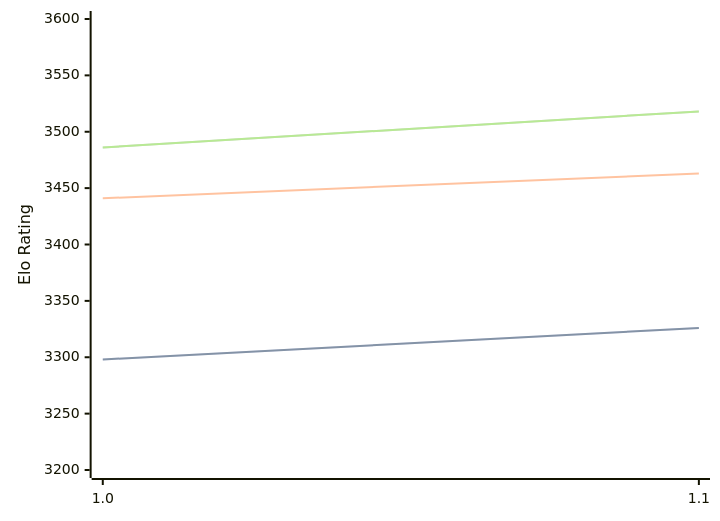
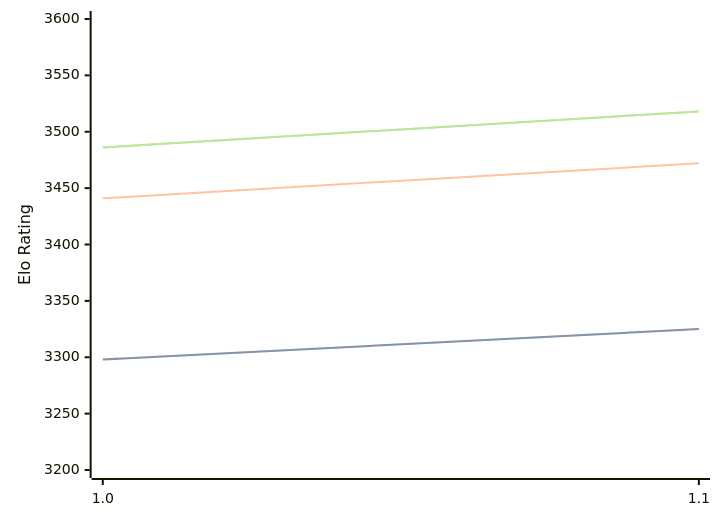
The third of 3 diagrams in engines/Icarus.md (computer-chess-index/cci), drawn with Mermaid before and after one commit. The commit also changed other lines of this file, not shown here.

````diff
--- a/engines/Icarus.md
+++ b/engines/Icarus.md
@@ -65,11 +65,11 @@
 ```mermaid
 %%{init: {"theme":"base","themeVariables":{"seriesColors:['#a3a3a3','#222221','#faa371']}}}%%
 xychart-beta
   x-axis ["1.0", "1.1"]
   y-axis "Elo Rating" 3200 --> 3600
-  line "STC (8.0+0.08s)" [3298, 3326]
-  line "STC (8.0+0.08s)" [3298, 3326]
-  line "LTC (60.0+0.60s)" [3441, 3463]
+  line "STC (8.0+0.08s)" [3298, 3325]
+  line "STC (8.0+0.08s)" [3298, 3325]
+  line "LTC (60.0+0.60s)" [3441, 3472]
   line "VLTC (2m24s+1.12s)" [3486, 3518]
   line "VLTC (2m24s+1.12s)" [3486, 3518]
 ```
````
